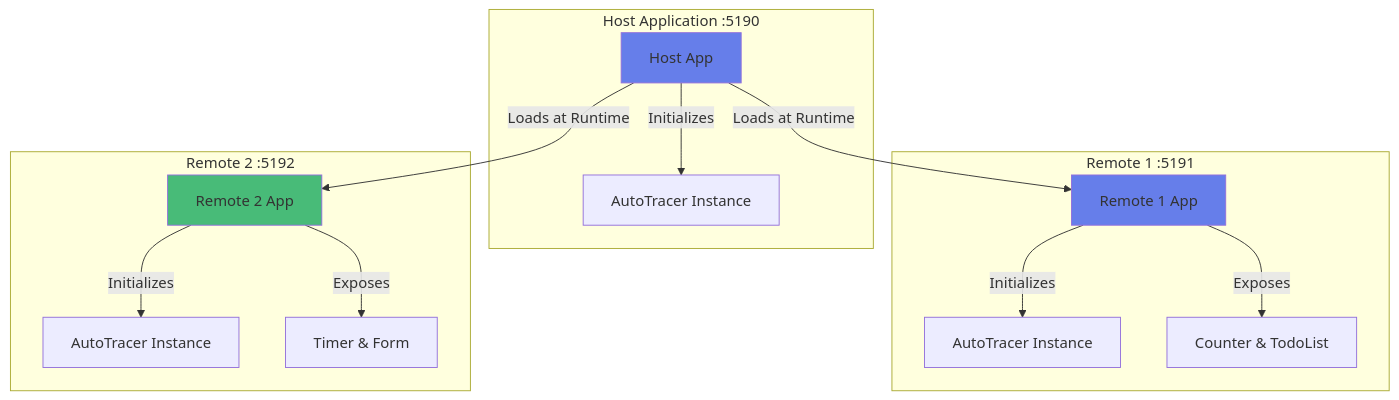
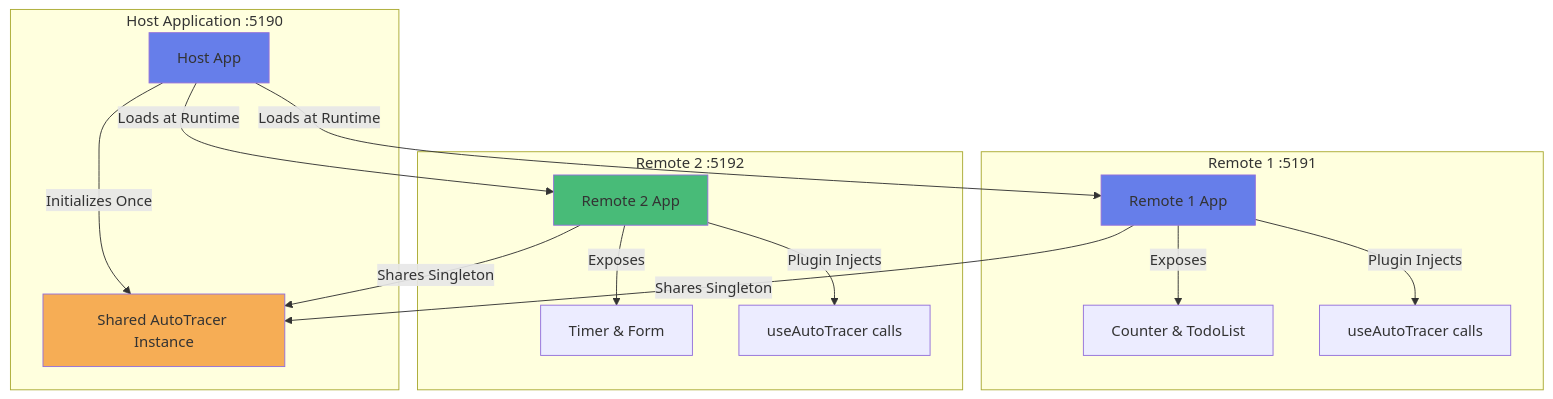
Before and after one commit to CarlRibbegaardh/use-trace: the diagram in apps/MICROFRONTEND-README.md, drawn with Mermaid. The commit also changed other lines of this file, not shown here.

````diff
--- a/apps/MICROFRONTEND-README.md
+++ b/apps/MICROFRONTEND-README.md
@@ -7,26 +7,29 @@
 ```mermaid
 graph TB
     subgraph "Host Application :5190"
         H[Host App]
-        H -->|Initializes| AT1[AutoTracer Instance]
+        H -->|Initializes Once| AT[Shared AutoTracer Instance]
     end
 
     subgraph "Remote 1 :5191"
         R1[Remote 1 App]
-        R1 -->|Initializes| AT2[AutoTracer Instance]
         R1 -->|Exposes| C1[Counter & TodoList]
+        R1 -->|Plugin Injects| I1[useAutoTracer calls]
     end
 
     subgraph "Remote 2 :5192"
         R2[Remote 2 App]
-        R2 -->|Initializes| AT3[AutoTracer Instance]
         R2 -->|Exposes| C2[Timer & Form]
+        R2 -->|Plugin Injects| I2[useAutoTracer calls]
     end
 
     H -->|Loads at Runtime| R1
     H -->|Loads at Runtime| R2
+    R1 -->|Shares Singleton| AT
+    R2 -->|Shares Singleton| AT
 
     style H fill:#667eea
     style R1 fill:#667eea
     style R2 fill:#48bb78
+    style AT fill:#f6ad55
 ```
````
